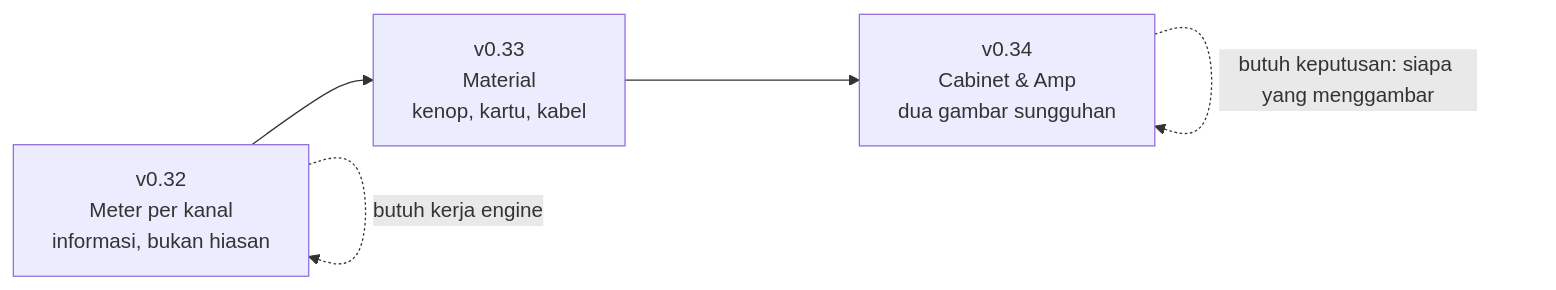
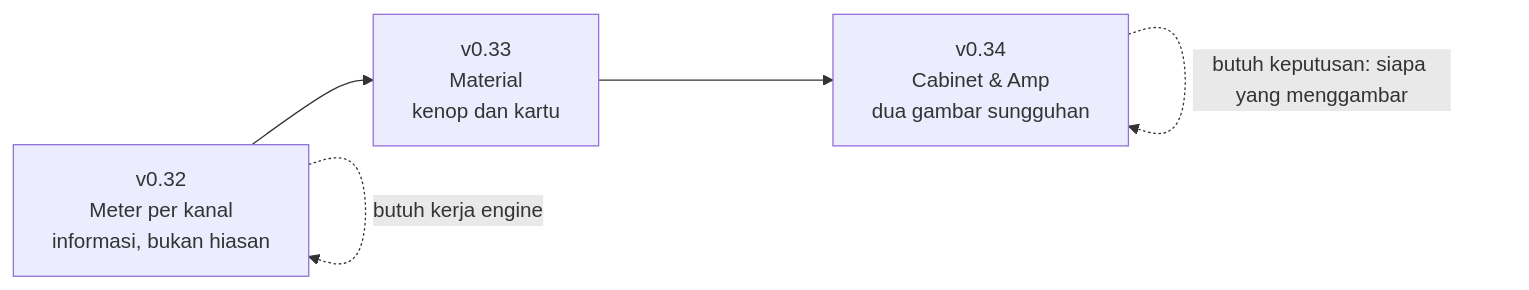
One commit to banumelody/MilodikFX changed the diagram in docs/material-plan.md. Above: the diagram before and after it, drawn with Mermaid. The commit also changed other lines of this file and 27 other files, not shown here.

````diff
--- a/docs/material-plan.md
+++ b/docs/material-plan.md
@@ -27,7 +27,7 @@
 ```mermaid
 flowchart LR
-    A["v0.32<br/>Meter per kanal<br/>informasi, bukan hiasan"] --> B["v0.33<br/>Material<br/>kenop, kartu, kabel"]
+    A["v0.32<br/>Meter per kanal<br/>informasi, bukan hiasan"] --> B["v0.33<br/>Material<br/>kenop dan kartu"]
     B --> C["v0.34<br/>Cabinet & Amp<br/>dua gambar sungguhan"]
     A -.->|"butuh kerja engine"| A
     C -.->|"butuh keputusan: siapa yang menggambar"| C
 ```
````
